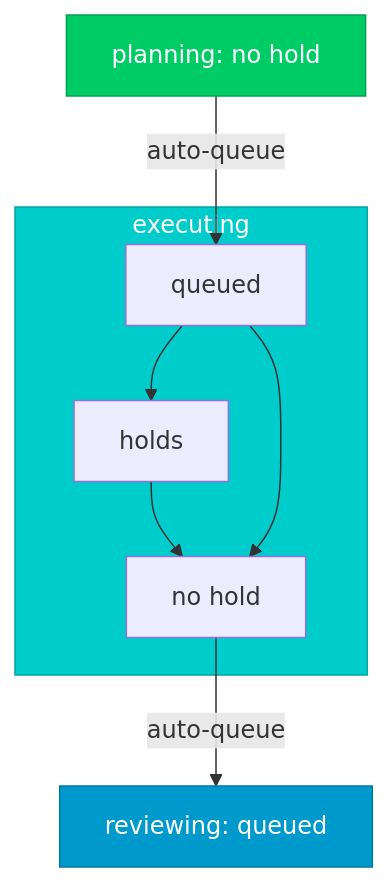
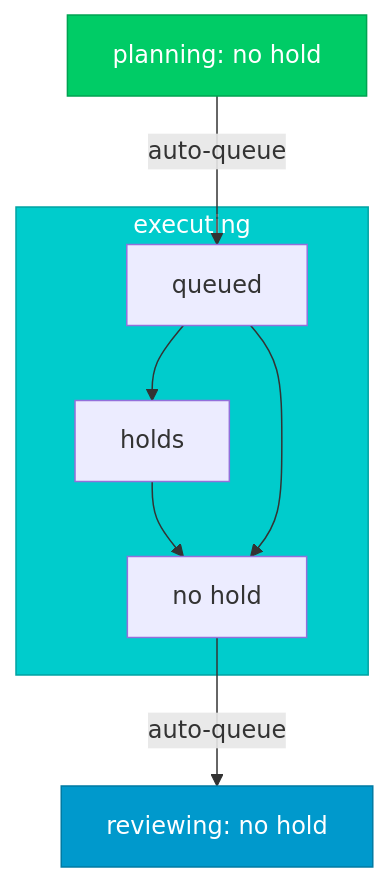
One commit to Mharbulous/StoryTree changed the diagram in claude/skills/story-tree/references/workflow3-executing.md. Above: the diagram before and after it, drawn with Mermaid. The commit also changed 6 other files, not shown here.

````diff
--- a/claude/skills/story-tree/references/workflow3-executing.md
+++ b/claude/skills/story-tree/references/workflow3-executing.md
@@ -9,22 +9,22 @@
 ```mermaid
 flowchart TB
     planning[planning: no hold] -->|auto-queue| e_q
 
     subgraph executing_stage [executing]
         e_q[queued]
         e_h[holds]
         e_clear[no hold]
         e_q --> e_h
         e_h --> e_clear
         e_q --> e_clear
     end
 
-    e_clear -->|auto-queue| reviewing[reviewing: queued]
+    e_clear -->|auto-queue| reviewing[reviewing: no hold]
 
     classDef planningBox fill:#00CC66,stroke:#00A352,color:#fff
     classDef executingBox fill:#00CCCC,stroke:#00A3A3,color:#fff
     classDef reviewingBox fill:#0099CC,stroke:#007AA3,color:#fff
     class planning planningBox
     class executing_stage executingBox
     class reviewing reviewingBox
 ```
````
